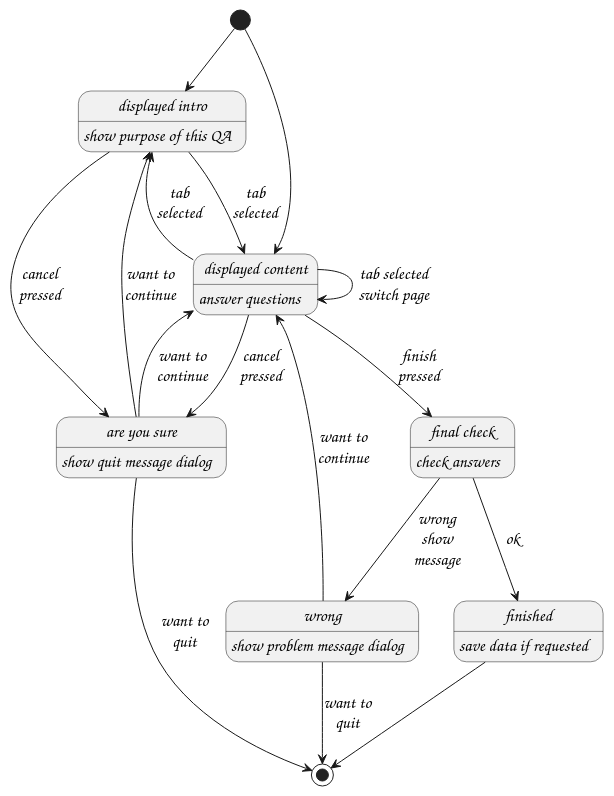
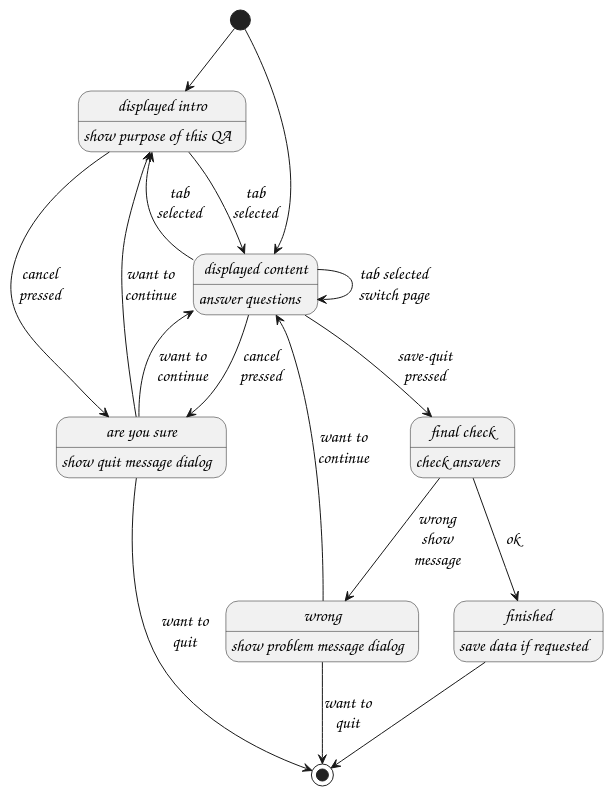
Before and after one commit to MARTIMM/question-answer: the third of 5 diagrams in doc/design.md, drawn with PlantUML. The commit also changed other lines of this file and 15 other files, not shown here.

````diff
--- a/doc/design.md
+++ b/doc/design.md
@@ -244,51 +244,51 @@
 ```plantuml
 @startuml
 hide empty description
 
 skinparam DefaultFontSize 17
 skinparam DefaultFontName "z003"
 skinparam StateStartColor #a0a0a0
 skinparam StateEndColor #a0a0a0
 
 state "displayed intro" as dpi: show purpose of this QA
 state "displayed content" as dpc: answer questions
 state "final check" as fc: check answers
 state "wrong" as w: show problem message dialog
 state "are you sure" as c: show quit message dialog
 
 [*] --> dpi
 [*] --> dpc
 dpi --> dpc: tab\nselected
 dpc --> dpi: tab\nselected
 dpc --> dpc: tab selected\nswitch page
 
-dpc --> fc: finish\npressed
+dpc --> fc: save-quit\npressed
 fc --> w: wrong\nshow\nmessage
 w --> dpc: want to\ncontinue
 w --> [*]: want to\nquit
 fc --> finished: ok
 
 dpi --> c: cancel\npressed
 dpc --> c: cancel\npressed
 c --> dpc: want to\ncontinue
 c --> dpi: want to\ncontinue
 c --> [*]: want to\nquit
 finished --> [*]
 finished: save data if requested
 
 
 
 
 
 
 
 'dpc --> canceled: cancel\npressed
-'dpc --> finished: finish\npressed
+'dpc --> finished: save-quit\npressed
 
 'canceled --> [*]
 'finished --> [*]
 'finished: save data\nif requested
 
 
 @enduml
 ```
````
